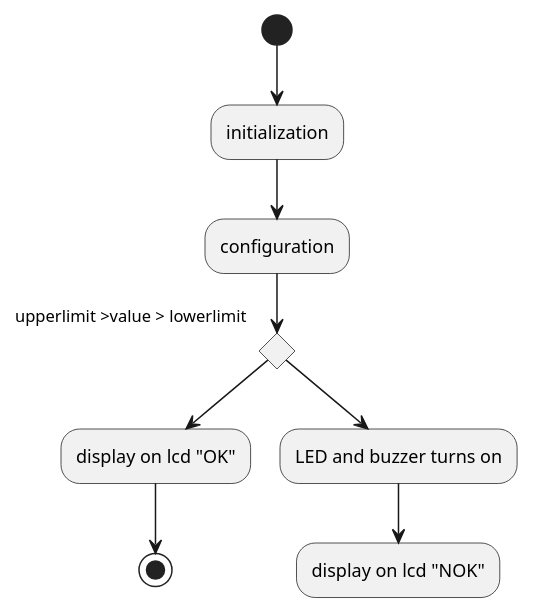
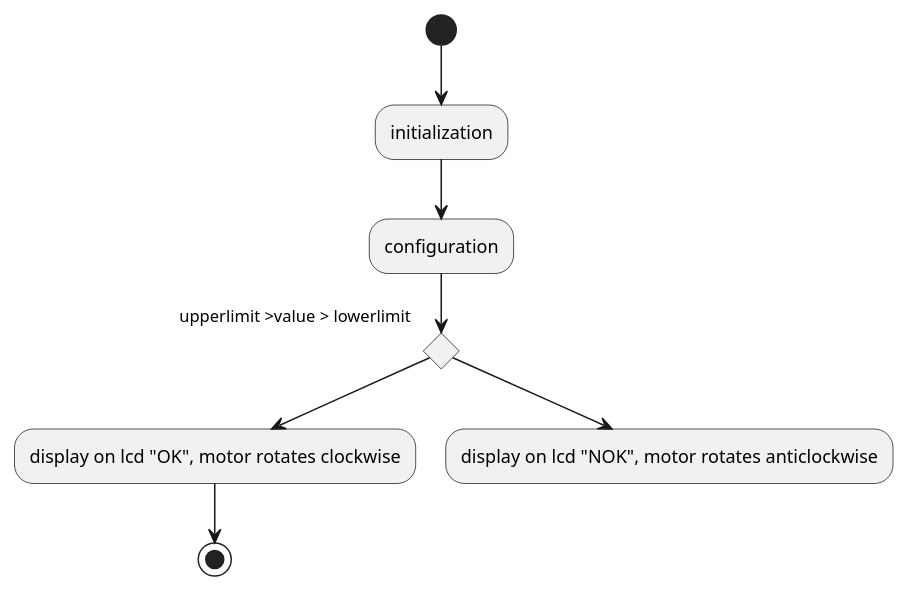
Before and after one commit to ahmedloulou/AC-control-unit: the second of 3 diagrams in project_design_tpl.md, drawn with PlantUML.

````diff
--- a/project_design_tpl.md
+++ b/project_design_tpl.md
@@ -51,13 +51,12 @@
 ```plantuml
 @startuml
 (*) --> initialization
 --> configuration
 if upperlimit >value > lowerlimit 
-  --> display on lcd "OK"
+  --> display on lcd "OK", motor rotates clockwise
   --> (*)
 else
-  --> LED and buzzer turns on
-  --> display on lcd "NOK"
+  --> display on lcd "NOK", motor rotates anticlockwise
 endif
 @enduml
 ```
````
